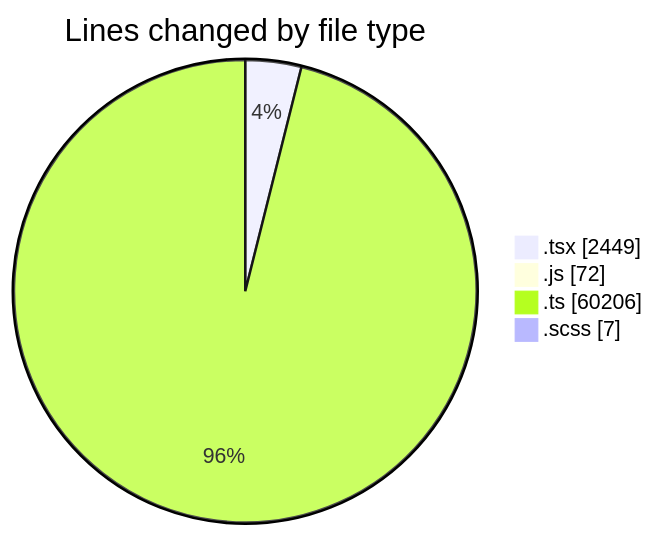
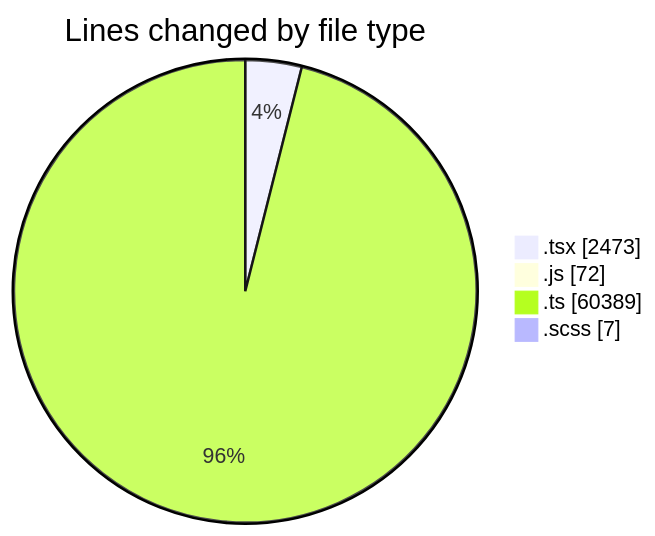
The first of 2 diagrams in 2026-09-25/cda/README.md (momahboobian/code-tracking), drawn with Mermaid before and after one commit. The commit also changed other lines of this file and 1 other file, not shown here.

````diff
--- a/2026-09-25/cda/README.md
+++ b/2026-09-25/cda/README.md
@@ -49,8 +49,8 @@
 ```mermaid
 pie showData
 title Lines changed by file type
-".tsx" : 2449
+".tsx" : 2473
 ".js" : 72
-".ts" : 60206
+".ts" : 60389
 ".scss" : 7
 ```
````
